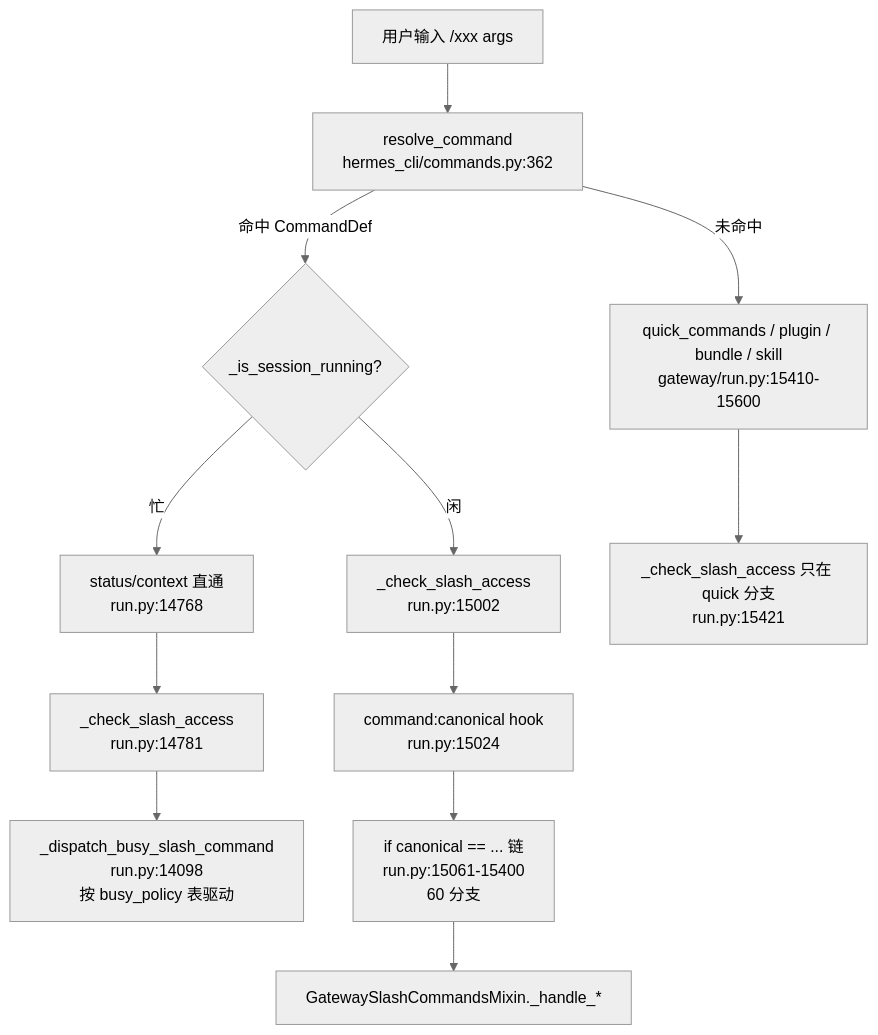
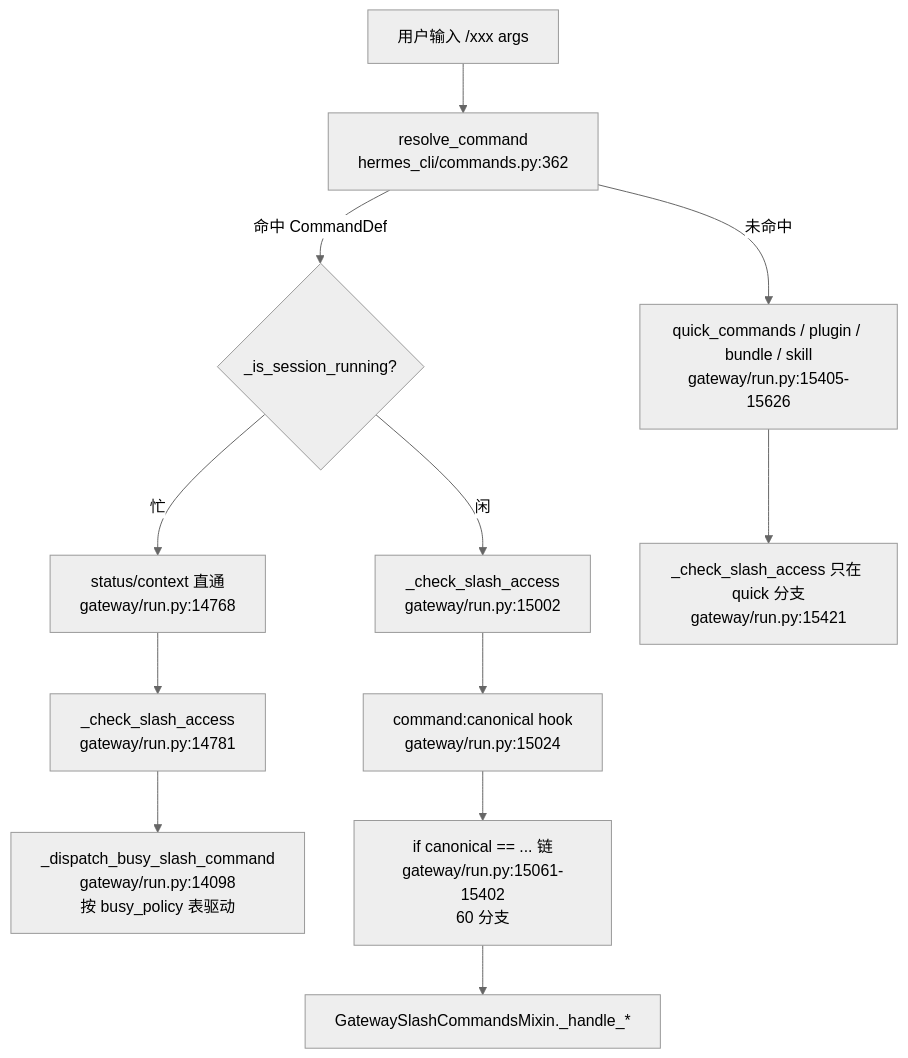
The diagram in notes/r7c-raw-slash-c.md (BillBeam/hermes-study), drawn with Mermaid (neutral theme) before and after one commit. The commit also changed other lines of this file, not shown here.

First line of the commit message:
r7c: slash_commands.py 4000-5693 + slash_access.py raw notes (line-number corrections)

````diff
--- a/notes/r7c-raw-slash-c.md
+++ b/notes/r7c-raw-slash-c.md
@@ -1165,14 +1166,14 @@
 ```mermaid
 flowchart TD
     A["用户输入 /xxx args"] --> B["resolve_command<br/>hermes_cli/commands.py:362"]
     B -->|命中 CommandDef| C{"_is_session_running?"}
-    B -->|未命中| Q["quick_commands / plugin / bundle / skill<br/>gateway/run.py:15410-15600"]
-    C -->|忙| D["status/context 直通<br/>run.py:14768"]
-    D --> E["_check_slash_access<br/>run.py:14781"]
-    E --> F["_dispatch_busy_slash_command<br/>run.py:14098<br/>按 busy_policy 表驱动"]
-    C -->|闲| G["_check_slash_access<br/>run.py:15002"]
-    G --> H["command:canonical hook<br/>run.py:15024"]
-    H --> I["if canonical == ... 链<br/>run.py:15061-15400<br/>60 分支"]
+    B -->|未命中| Q["quick_commands / plugin / bundle / skill<br/>gateway/run.py:15405-15626"]
+    C -->|忙| D["status/context 直通<br/>gateway/run.py:14768"]
+    D --> E["_check_slash_access<br/>gateway/run.py:14781"]
+    E --> F["_dispatch_busy_slash_command<br/>gateway/run.py:14098<br/>按 busy_policy 表驱动"]
+    C -->|闲| G["_check_slash_access<br/>gateway/run.py:15002"]
+    G --> H["command:canonical hook<br/>gateway/run.py:15024"]
+    H --> I["if canonical == ... 链<br/>gateway/run.py:15061-15402<br/>60 分支"]
     I --> J["GatewaySlashCommandsMixin._handle_*"]
-    Q --> K["_check_slash_access 只在 quick 分支<br/>run.py:15421"]
+    Q --> K["_check_slash_access 只在 quick 分支<br/>gateway/run.py:15421"]
 ```
````
